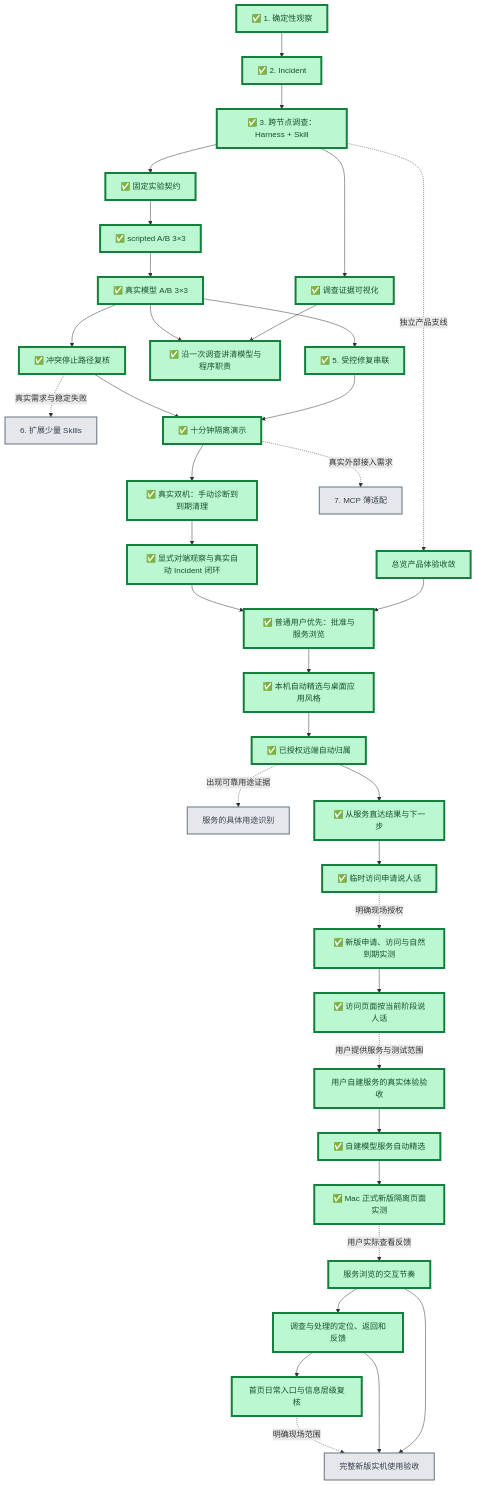
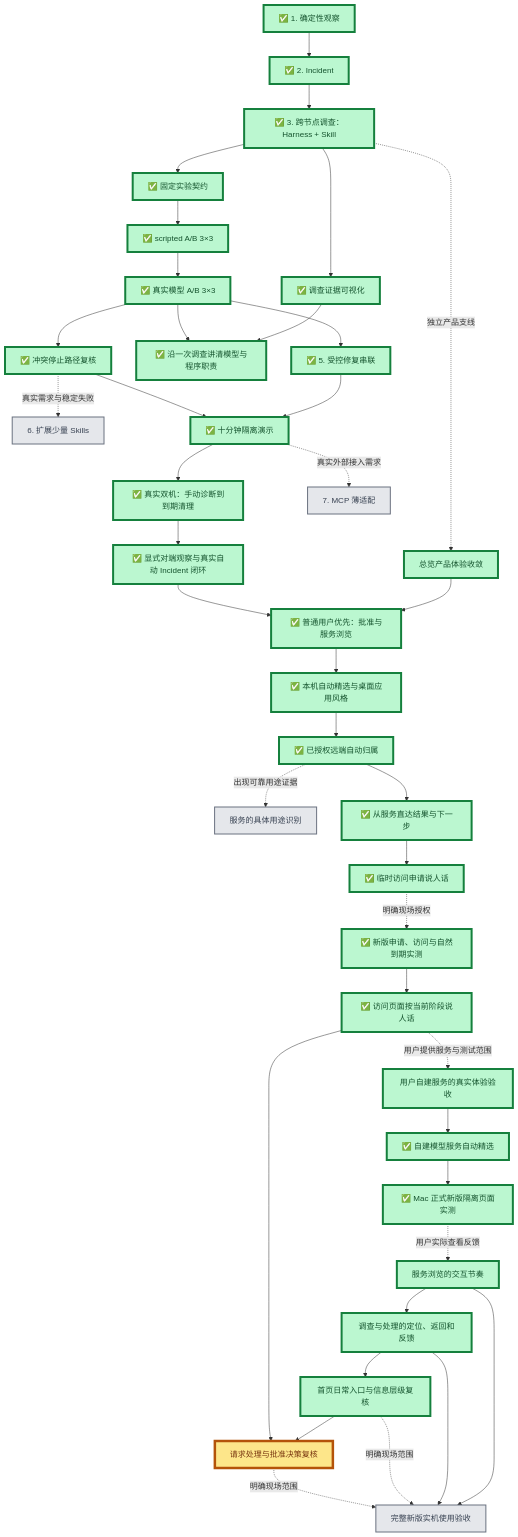
The first of 2 diagrams in docs/project/roadmap.md (Sugarfarmeriod/TunnelMinion), drawn with Mermaid before and after one commit. The commit also changed other lines of this file and 13 other files, not shown here.

````diff
--- a/docs/project/roadmap.md
+++ b/docs/project/roadmap.md
@@ -8,66 +8,70 @@
 ```mermaid
 flowchart TB
     A["✅ 1. 确定性观察"] --> B["✅ 2. Incident"]
     B --> C["✅ 3. 跨节点调查：Harness + Skill"]
 
     C --> D1["✅ 固定实验契约"]
     D1 --> D2["✅ scripted A/B 3×3"]
     D2 --> D3["✅ 真实模型 A/B 3×3"]
 
     D3 --> E["✅ 5. 受控修复串联"]
     C --> V["✅ 调查证据可视化"]
     V --> W["✅ 沿一次调查讲清模型与程序职责"]
     D3 --> W
     D3 --> F["✅ 冲突停止路径复核"]
     F -.真实需求与稳定失败.-> K["6. 扩展少量 Skills"]
     E --> H["✅ 十分钟隔离演示"]
     F --> H
     H --> R["✅ 真实双机：手动诊断到到期清理"]
     R --> I["✅ 显式对端观察与真实自动 Incident 闭环"]
     H -.真实外部接入需求.-> G["7. MCP 薄适配"]
 
     C -.独立产品支线.-> U["总览产品体验收敛"]
     U --> P["✅ 普通用户优先：批准与服务浏览"]
     I --> P
     P --> Q["✅ 本机自动精选与桌面应用风格"]
     Q --> Q2["✅ 已授权远端自动归属"]
     Q2 -.出现可靠用途证据.-> Q3["服务的具体用途识别"]
     Q2 --> Q4["✅ 从服务直达结果与下一步"]
     Q4 --> Q5["✅ 临时访问申请说人话"]
     Q5 -.明确现场授权.-> Q6["✅ 新版申请、访问与自然到期实测"]
     Q6 --> Q7["✅ 访问页面按当前阶段说人话"]
     Q7 -.用户提供服务与测试范围.-> Q8["用户自建服务的真实体验验收"]
     Q8 --> Q9["✅ 自建模型服务自动精选"]
     Q9 --> Q10["✅ Mac 正式新版隔离页面实测"]
     Q10 -.用户实际查看反馈.-> Q11["服务浏览的交互节奏"]
     Q11 --> Q12["调查与处理的定位、返回和反馈"]
     Q12 --> Q13["首页日常入口与信息层级复核"]
+    Q13 --> Q15["请求处理与批准决策复核"]
+    Q7 --> Q15
     Q11 --> Q14["完整新版实机使用验收"]
     Q12 --> Q14
     Q13 -.明确现场范围.-> Q14
+    Q15 -.明确现场范围.-> Q14
 
     classDef done fill:#bbf7d0,stroke:#15803d,stroke-width:4px,color:#14532d;
     classDef current fill:#fde68a,stroke:#b45309,stroke-width:5px,color:#78350f;
     classDef next fill:#bfdbfe,stroke:#1d4ed8,stroke-width:3px,color:#1e3a8a;
     classDef later fill:#e5e7eb,stroke:#6b7280,stroke-width:2px,color:#374151;
     class A,B,C,D1,D2,D3,E,F,H,R,V done;
     class U done;
     class W done;
     class I done;
     class G,K later;
     class P done;
     class Q done;
     class Q2 done;
     class Q3 later;
     class Q4 done;
     class Q5 done;
     class Q6 done;
     class Q7 done;
     class Q8 done;
     class Q9 done;
     class Q10 done;
     class Q11 done;
     class Q12 done;
     class Q13 done;
     class Q14 later;
+    class Q15 current;
 ```
````
